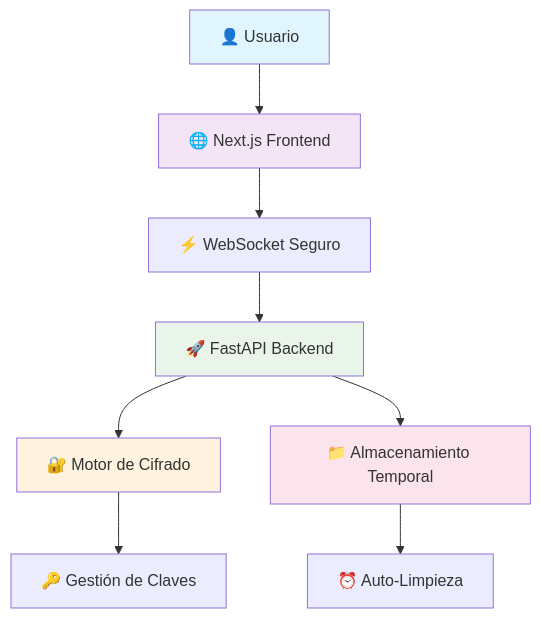
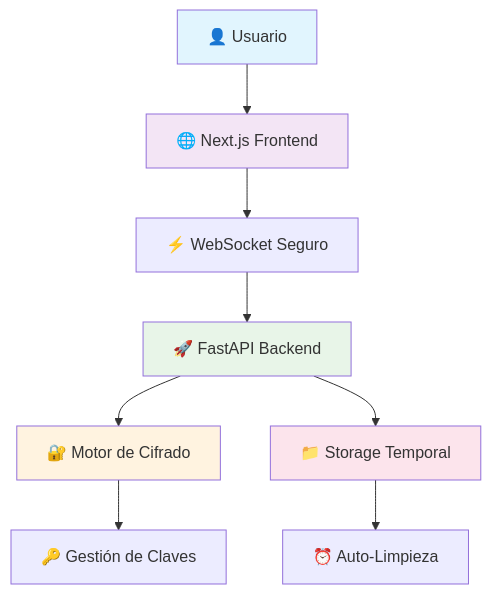
One commit to h3n-x/chat-anonimo changed the first of 2 diagrams in README.md. Above: the diagram before and after it, drawn with Mermaid. The commit also changed other lines of this file, not shown here.

````diff
--- a/README.md
+++ b/README.md
@@ -64,16 +91,16 @@
 ```mermaid
 graph TB
     A[👤 Usuario] --> B[🌐 Next.js Frontend]
     B --> C[⚡ WebSocket Seguro]
     C --> D[🚀 FastAPI Backend]
     D --> E[🔐 Motor de Cifrado]
-    D --> F[📁 Almacenamiento Temporal]
+    D --> F[📁 Storage Temporal]
     E --> G[🔑 Gestión de Claves]
     F --> H[⏰ Auto-Limpieza]
     
     style A fill:#e1f5fe
     style B fill:#f3e5f5
     style D fill:#e8f5e8
     style E fill:#fff3e0
     style F fill:#fce4ec
 ```
````
